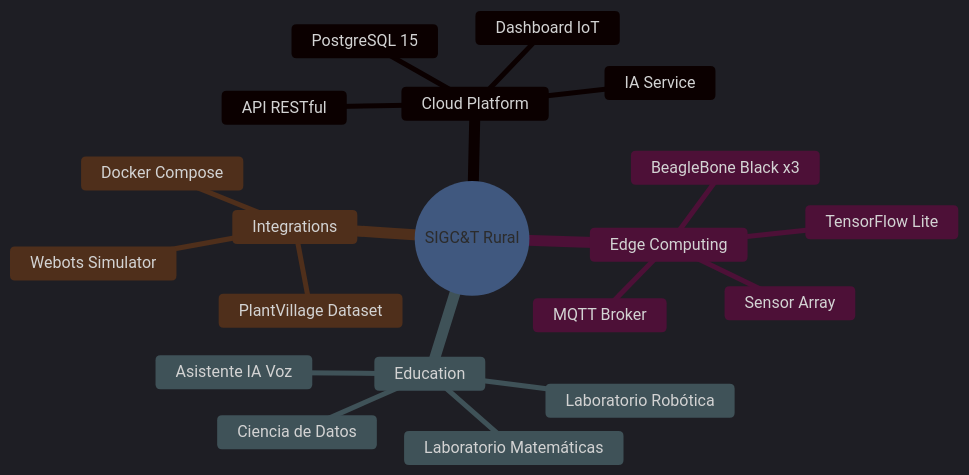
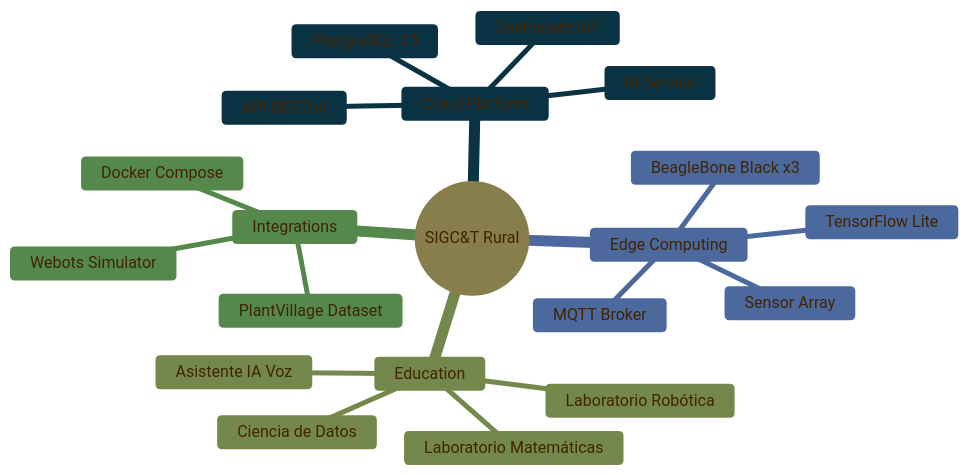
One commit to badolgm/sigcTiArural changed the first of 6 diagrams in README.md. Above: the diagram before and after it, drawn with Mermaid.

Commit message:
docs: update mindmap theme to amber/base for better readability

````diff
--- a/README.md
+++ b/README.md
@@ -116,24 +116,24 @@
 ```mermaid
-%%{init: {'theme':'dark', 'themeVariables': { 'primaryColor':'#7c3aed','primaryTextColor':'#fff','primaryBorderColor':'#a78bfa','lineColor':'#8b5cf6','secondaryColor':'#1e293b','tertiaryColor':'#0f172a'}}}%%
+%%{init: {'theme':'base', 'themeVariables': { 'primaryColor':'#c2ba91','primaryTextColor':'#412402','primaryBorderColor':'#3f9999','lineColor':'#6e854349','secondaryColor':'#1887b3','tertiaryColor':'#9badcf'}}}%%
 mindmap
   root((SIGC&T Rural))
     Cloud Platform
       Dashboard IoT
       API RESTful
       PostgreSQL 15
       IA Service
     Edge Computing
       BeagleBone Black x3
       MQTT Broker
       TensorFlow Lite
       Sensor Array
     Education
       Laboratorio Robótica
       Laboratorio Matemáticas
       Ciencia de Datos
       Asistente IA Voz
     Integrations
       PlantVillage Dataset
       Webots Simulator
       Docker Compose
 ```
````
